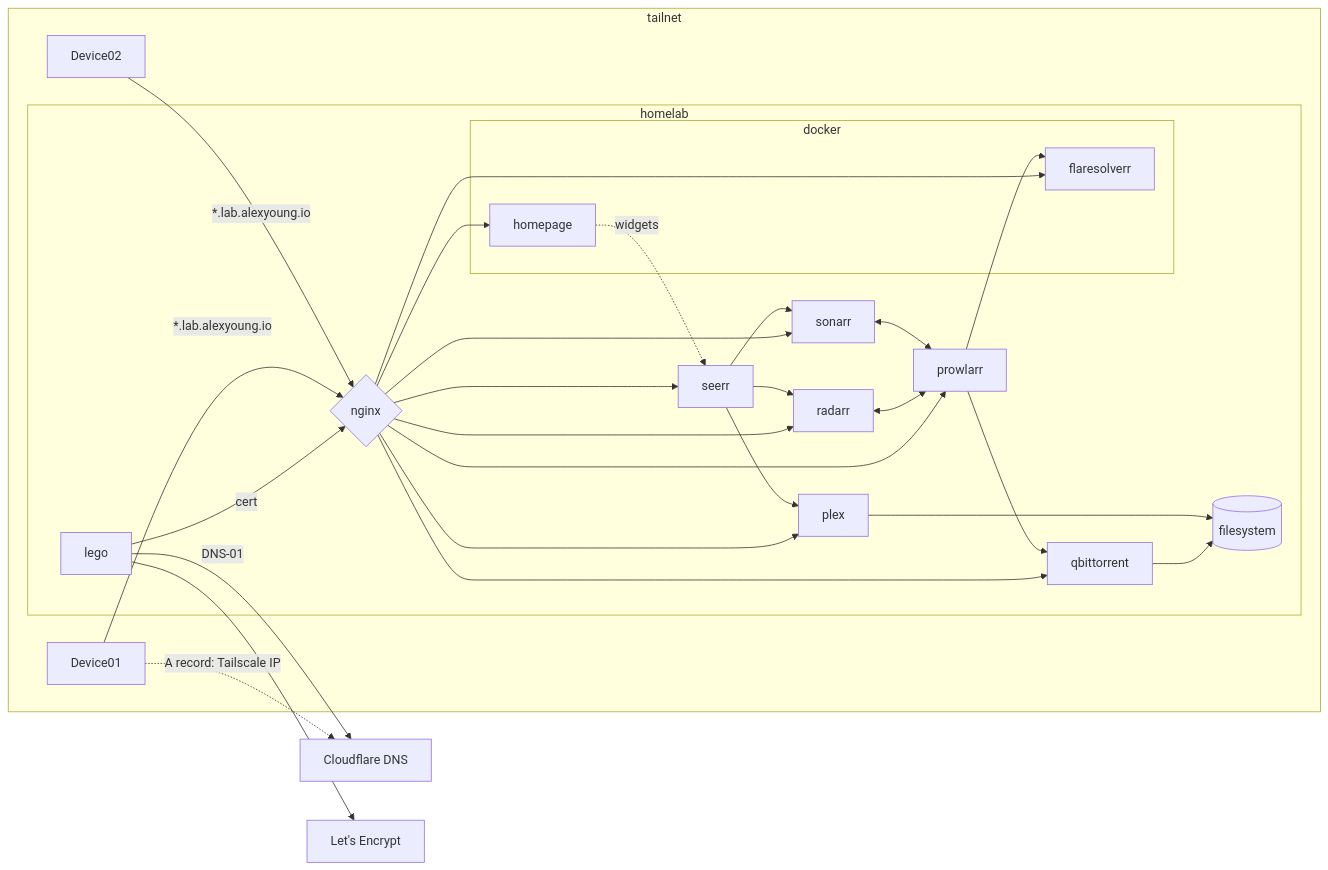
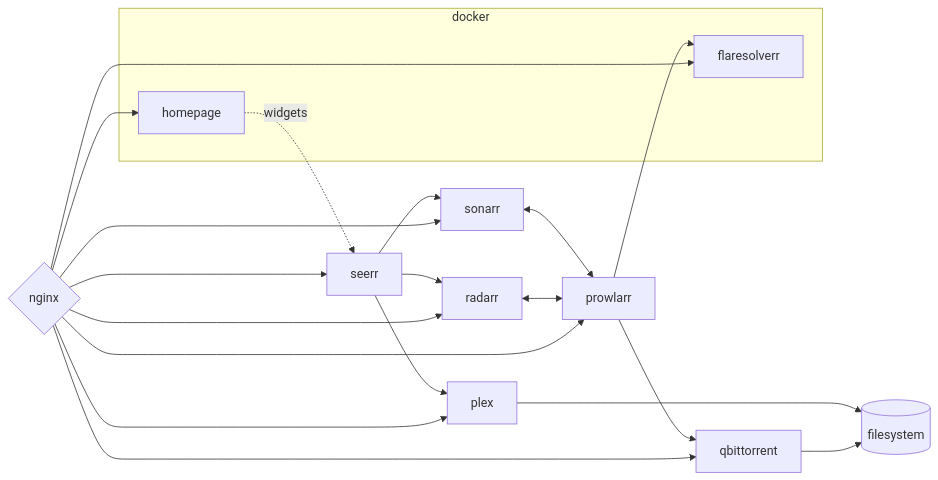
The second of 2 diagrams in README.md (alexpyoung/homelab), drawn with Mermaid before and after one commit. The commit also changed other lines of this file, not shown here.

Commit message:
doc(README): split architecture diagram into external and internal
External covers DNS, the tailnet path and the cert; internal covers nginx
and the services behind it.

````diff
--- a/README.md
+++ b/README.md
@@ -54,48 +71,33 @@
 ```mermaid
 flowchart LR
-    cf[Cloudflare DNS]
-    le[Let's Encrypt]
-    subgraph tailnet
-        Device01
-        Device02
-        subgraph homelab
-            nginx{nginx}
-            lego
-            subgraph docker
-                homepage
-                flaresolverr
-            end
-            plex
-            seerr
-            radarr
-            sonarr
-            prowlarr
-            qbittorrent
-            fs[(filesystem)]
-            nginx-->homepage
-            nginx-->seerr
-            nginx-->plex
-            nginx-->radarr
-            nginx-->sonarr
-            nginx-->prowlarr
-            nginx-->qbittorrent
-            nginx-->flaresolverr
-            homepage-."widgets".->seerr
-            seerr-->radarr
-            seerr-->sonarr
-            seerr-->plex
-            radarr<-->prowlarr
-            sonarr<-->prowlarr
-            prowlarr-->flaresolverr
-            prowlarr-->qbittorrent
-            qbittorrent-->fs
-            plex-->fs
-            lego--"cert"-->nginx
-        end
+    nginx{nginx}
+    subgraph docker
+        homepage
+        flaresolverr
     end
-    Device01--"*.lab.alexyoung.io"-->nginx
-    Device02--"*.lab.alexyoung.io"-->nginx
-    Device01-."A record: Tailscale IP".->cf
-    lego--"DNS-01"-->cf
-    lego-->le
+    plex
+    seerr
+    radarr
+    sonarr
+    prowlarr
+    qbittorrent
+    fs[(filesystem)]
+    nginx-->homepage
+    nginx-->seerr
+    nginx-->plex
+    nginx-->radarr
+    nginx-->sonarr
+    nginx-->prowlarr
+    nginx-->qbittorrent
+    nginx-->flaresolverr
+    homepage-."widgets".->seerr
+    seerr-->radarr
+    seerr-->sonarr
+    seerr-->plex
+    radarr<-->prowlarr
+    sonarr<-->prowlarr
+    prowlarr-->flaresolverr
+    prowlarr-->qbittorrent
+    qbittorrent-->fs
+    plex-->fs
 ```
````
